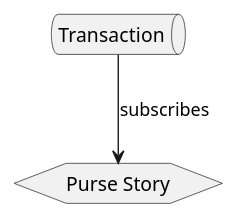
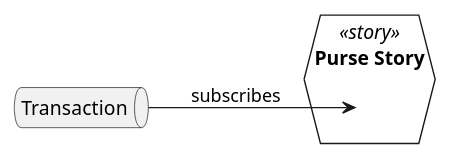
One commit to Mathmagicians/wonderland-eventing-playground changed the diagram in examples/purse/docs/generated/architecture/plantuml/streams.puml. Above: the diagram before and after it, drawn with PlantUML. The commit also changed 21 other files, not shown here.

```diff
--- a/examples/purse/docs/generated/architecture/plantuml/streams.puml
+++ b/examples/purse/docs/generated/architecture/plantuml/streams.puml
@@ -1,8 +1,11 @@
 @startuml
 ' the streams from the model: what each story publishes and subscribes to, a queue per payload
+left to right direction
 
 queue "Transaction" as q_Transaction
-hexagon "Purse Story" as s_Purse_Story
+hexagon "Purse Story" as s_Purse_Story <<story>> {
+  label " " as s_Purse_Story_in
+}
 
-q_Transaction --> s_Purse_Story : subscribes
+q_Transaction --> s_Purse_Story_in : subscribes
 @enduml
```
